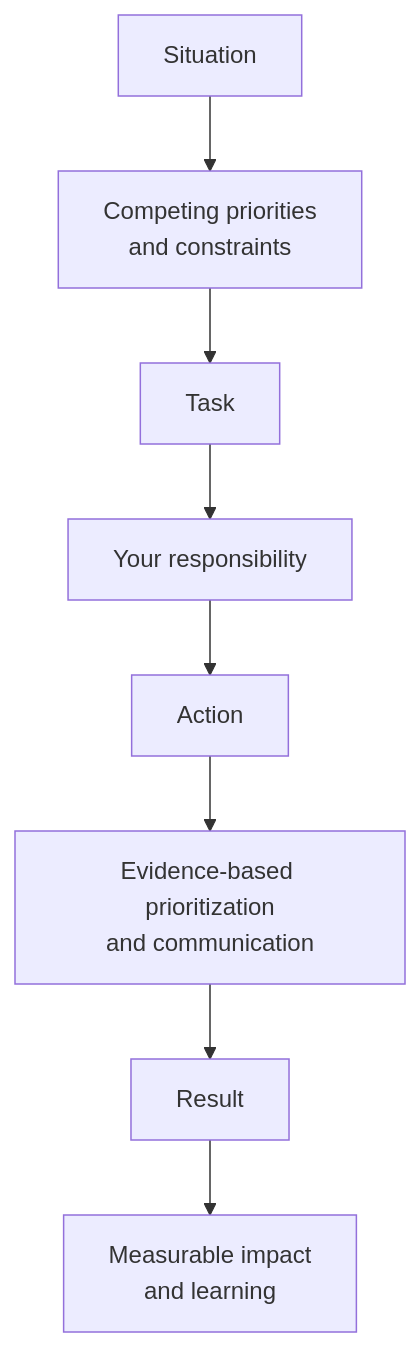
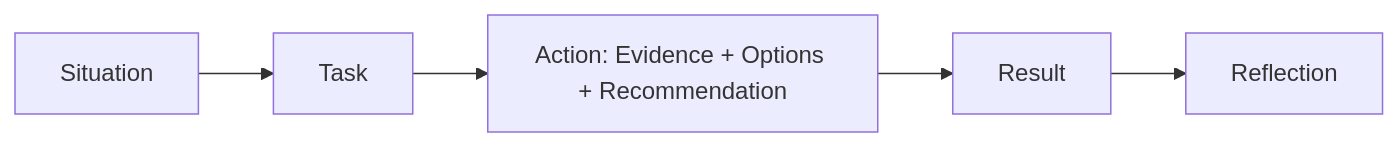
Before and after one commit to AvadhBhalodiya/Interview-Preparation: the eighth of 8 diagrams in src/content/behavioral/prioritization-tradeoffs.md, drawn with Mermaid. The commit also changed other lines of this file and 54 other files, not shown here.

````diff
--- a/src/content/behavioral/prioritization-tradeoffs.md
+++ b/src/content/behavioral/prioritization-tradeoffs.md
@@ -417,10 +557,7 @@
 ```mermaid
-flowchart TD
-    A[Situation] --> B["Competing priorities<br/>and constraints"]
-    B --> C[Task]
-    C --> D[Your responsibility]
-    D --> E[Action]
-    E --> F["Evidence-based prioritization<br/>and communication"]
-    F --> G[Result]
-    G --> H["Measurable impact<br/>and learning"]
+flowchart LR
+    A[Situation] --> B[Task]
+    B --> C["Action: Evidence + Options + Recommendation"]
+    C --> D[Result]
+    D --> E[Reflection]
 ```
````
